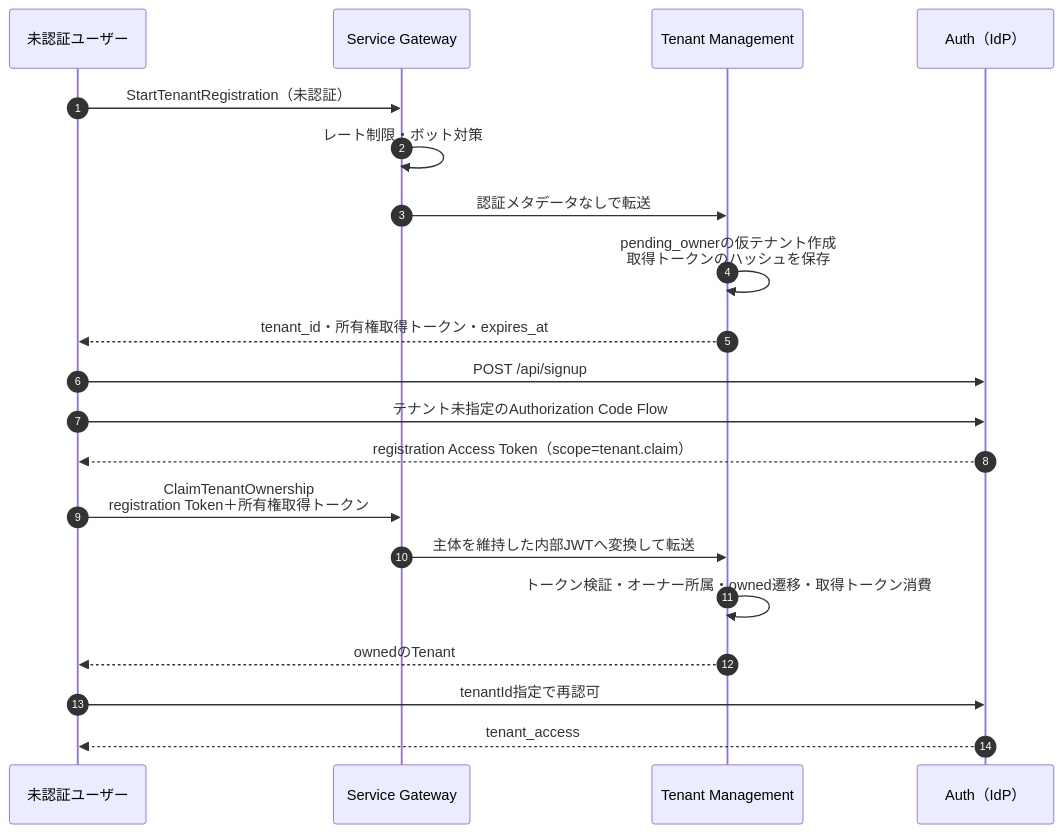
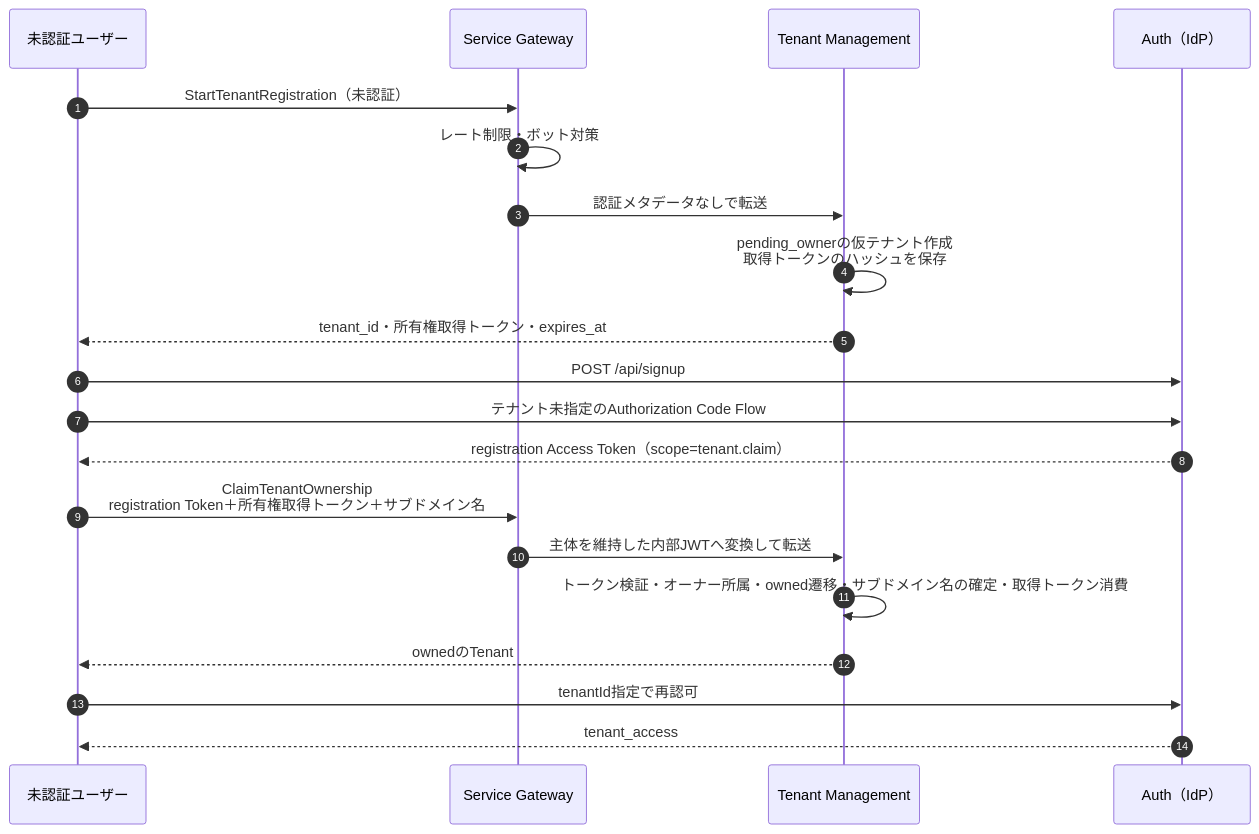
The fourth of 4 diagrams in docs/service_map.md (pj-hoakari/tolo-service-gateway), drawn with Mermaid before and after one commit. The commit also changed 2 other files, not shown here.

Commit message:
docs: sync spec docs with hoakari-root

````diff
--- a/docs/service_map.md
+++ b/docs/service_map.md
@@ -197,23 +197,23 @@
 ```mermaid
 sequenceDiagram
   autonumber
   participant User as 未認証ユーザー
   participant GW as Service Gateway
   participant TM as Tenant Management
   participant IdP as Auth（IdP）
 
   User->>GW: StartTenantRegistration（未認証）
   GW->>GW: レート制限・ボット対策
   GW->>TM: 認証メタデータなしで転送
   TM->>TM: pending_ownerの仮テナント作成<br/>取得トークンのハッシュを保存
   TM-->>User: tenant_id・所有権取得トークン・expires_at
   User->>IdP: POST /api/signup
   User->>IdP: テナント未指定のAuthorization Code Flow
   IdP-->>User: registration Access Token（scope=tenant.claim）
-  User->>GW: ClaimTenantOwnership<br/>registration Token＋所有権取得トークン
+  User->>GW: ClaimTenantOwnership<br/>registration Token＋所有権取得トークン＋サブドメイン名
   GW->>TM: 主体を維持した内部JWTへ変換して転送
-  TM->>TM: トークン検証・オーナー所属・owned遷移・取得トークン消費
+  TM->>TM: トークン検証・オーナー所属・owned遷移・サブドメイン名の確定・取得トークン消費
   TM-->>User: ownedのTenant
   User->>IdP: tenantId指定で再認可
   IdP-->>User: tenant_access
 ```
````
